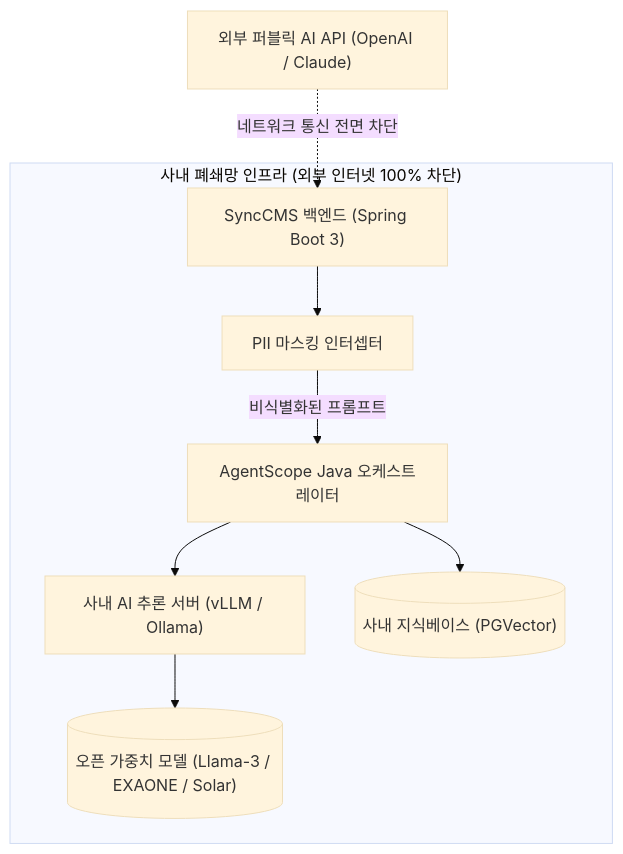
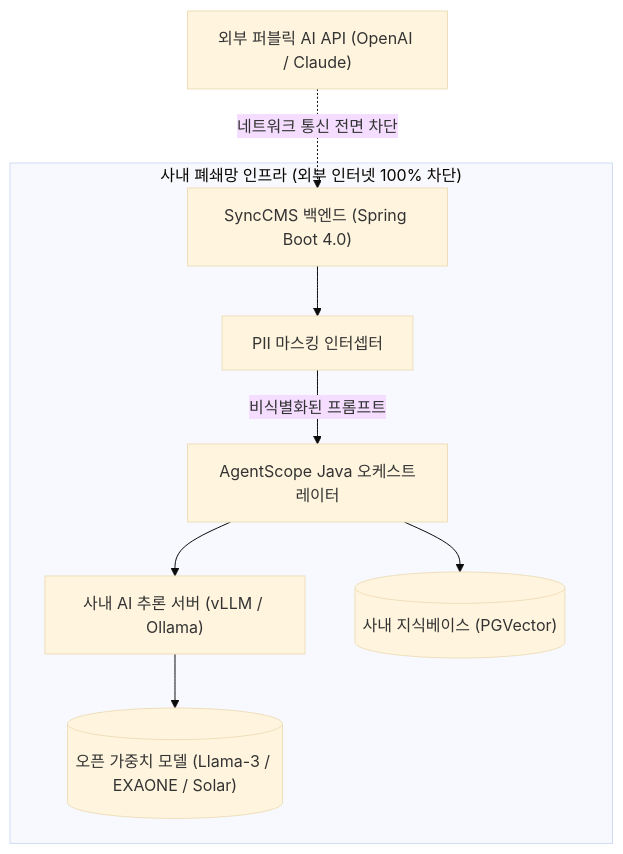
One commit to DramaticCollaboration/doc.github.io changed the diagram in ko/synccms/onpremise-ai-security.md. Above: the diagram before and after it, drawn with Mermaid (base theme). The commit also changed other lines of this file and 45 other files, not shown here.

````diff
--- a/ko/synccms/onpremise-ai-security.md
+++ b/ko/synccms/onpremise-ai-security.md
@@ -25,19 +25,19 @@
 ```mermaid
 graph TD
     subgraph "사내 폐쇄망 인프라 (외부 인터넷 100% 차단)"
-        CMS["SyncCMS 백엔드 (Spring Boot 3)"]
+        CMS["SyncCMS 백엔드 (Spring Boot 4.0)"]
         INTERCEPTOR["PII 마스킹 인터셉터"]
         AS["AgentScope Java 오케스트레이터"]
         LLM["사내 AI 추론 서버 (vLLM / Ollama)"]
         MODEL[("오픈 가중치 모델 (Llama-3 / EXAONE / Solar)")]
         VEC[("사내 지식베이스 (PGVector)")]
     end
 
     EXT["외부 퍼블릭 AI API (OpenAI / Claude)"] -.->|네트워크 통신 전면 차단| CMS
 
     CMS --> INTERCEPTOR
     INTERCEPTOR -->|비식별화된 프롬프트| AS
     AS --> LLM
     LLM --> MODEL
     AS --> VEC
 ```
````
